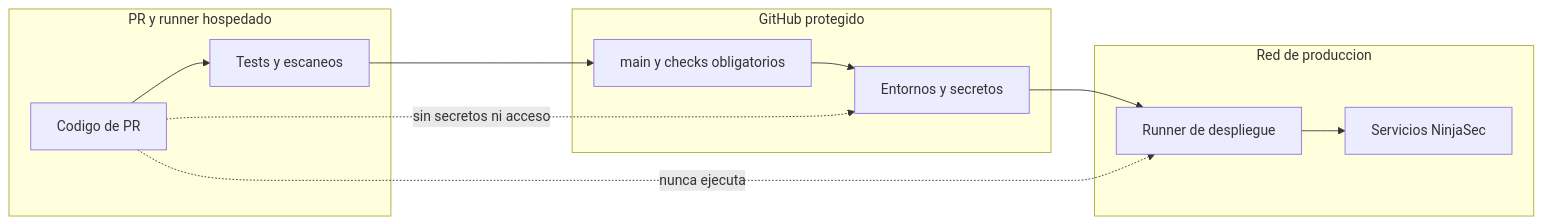
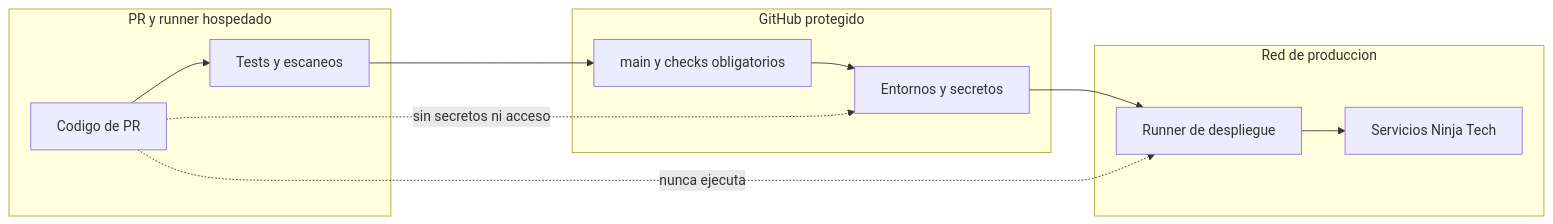
One commit to marksato13/ninjasec-platform changed the second of 2 diagrams in DOCUMENTOS/ESTRATEGIA/01-CI-Y-CONTROLES-DE-PR.md. Above: the diagram before and after it, drawn with Mermaid. The commit also changed 33 other files, not shown here.

First line of the commit message:
docs(marca): la documentacion viva habla de Ninja Tech

````diff
--- a/DOCUMENTOS/ESTRATEGIA/01-CI-Y-CONTROLES-DE-PR.md
+++ b/DOCUMENTOS/ESTRATEGIA/01-CI-Y-CONTROLES-DE-PR.md
@@ -96,22 +96,22 @@
 ```mermaid
 flowchart LR
     subgraph NoConfiable[PR y runner hospedado]
         PR[Codigo de PR]
         CI[Tests y escaneos]
     end
     subgraph Protegido[GitHub protegido]
         MAIN[main y checks obligatorios]
         ENV[Entornos y secretos]
     end
     subgraph Produccion[Red de produccion]
         RUNNER[Runner de despliegue]
-        APP[Servicios NinjaSec]
+        APP[Servicios Ninja Tech]
     end
     PR --> CI
     CI --> MAIN
     MAIN --> ENV
     ENV --> RUNNER
     RUNNER --> APP
     PR -. sin secretos ni acceso .-> ENV
     PR -. nunca ejecuta .-> RUNNER
 ```
````
